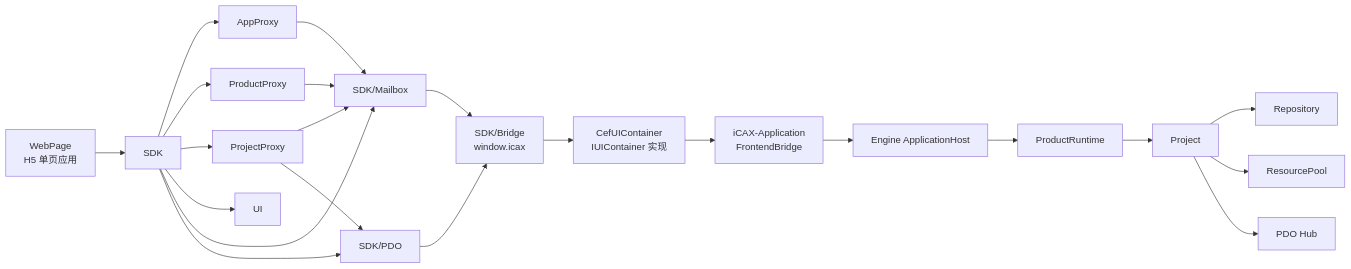
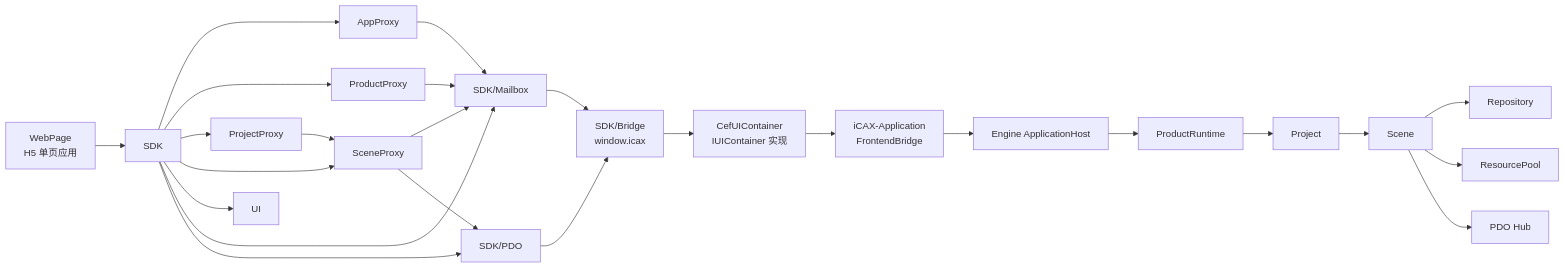
Before and after one commit to penguinchiang0609-ui/iCAX: the first of 2 diagrams in doc/iCAX-UI/iCAX-UI设计文档.md, drawn with Mermaid. The commit also changed other lines of this file and 35358 other files, not shown here.

````diff
--- a/doc/iCAX-UI/iCAX-UI设计文档.md
+++ b/doc/iCAX-UI/iCAX-UI设计文档.md
@@ -63,24 +64,27 @@
 ```mermaid
 flowchart LR
     WebPage["WebPage<br/>H5 单页应用"] --> SDK["SDK"]
     SDK --> AppProxy["AppProxy"]
     SDK --> ProductProxy["ProductProxy"]
     SDK --> ProjectProxy["ProjectProxy"]
+    SDK --> SceneProxy["SceneProxy"]
     SDK --> UI["UI"]
     SDK --> Mailbox["SDK/Mailbox"]
     SDK --> PDOClient["SDK/PDO"]
     AppProxy --> Mailbox
     ProductProxy --> Mailbox
-    ProjectProxy --> Mailbox
-    ProjectProxy --> PDOClient
+    ProjectProxy --> SceneProxy
+    SceneProxy --> Mailbox
+    SceneProxy --> PDOClient
     PDOClient --> Bridge["SDK/Bridge<br/>window.icax"]
     Mailbox --> Bridge
     Bridge --> CefHost["CefUIContainer<br/>IUIContainer 实现"]
     CefHost --> FrontendBridge["iCAX-Application<br/>FrontendBridge"]
     FrontendBridge --> AppHost["Engine ApplicationHost"]
     AppHost --> ProductRuntime["ProductRuntime"]
     ProductRuntime --> Project["Project"]
-    Project --> Repo["Repository"]
-    Project --> Resources["ResourcePool"]
-    Project --> PDO["PDO Hub"]
+    Project --> Scene["Scene"]
+    Scene --> Repo["Repository"]
+    Scene --> Resources["ResourcePool"]
+    Scene --> PDO["PDO Hub"]
 ```
````
